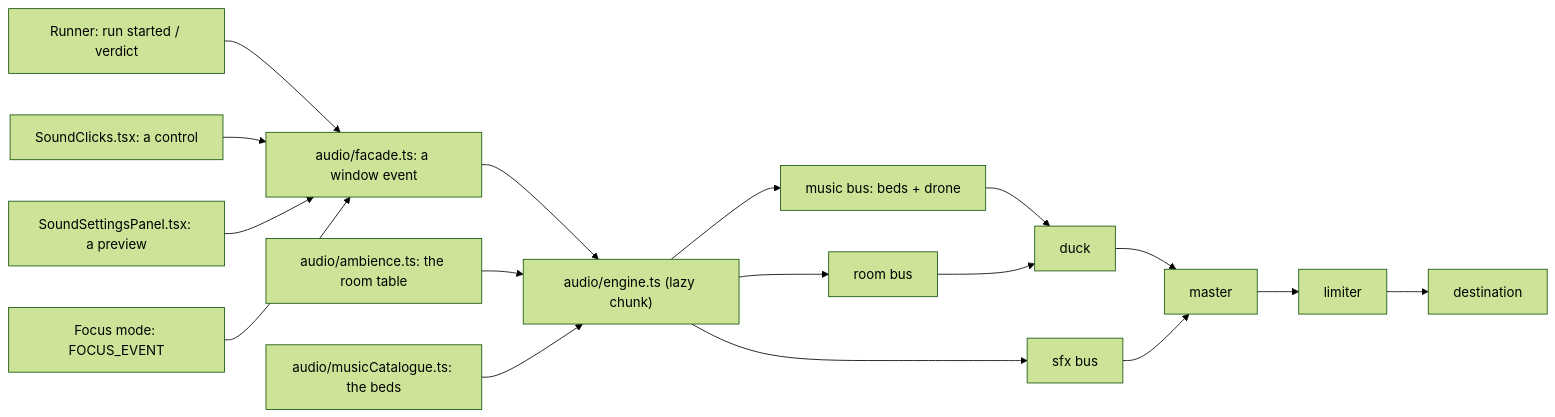
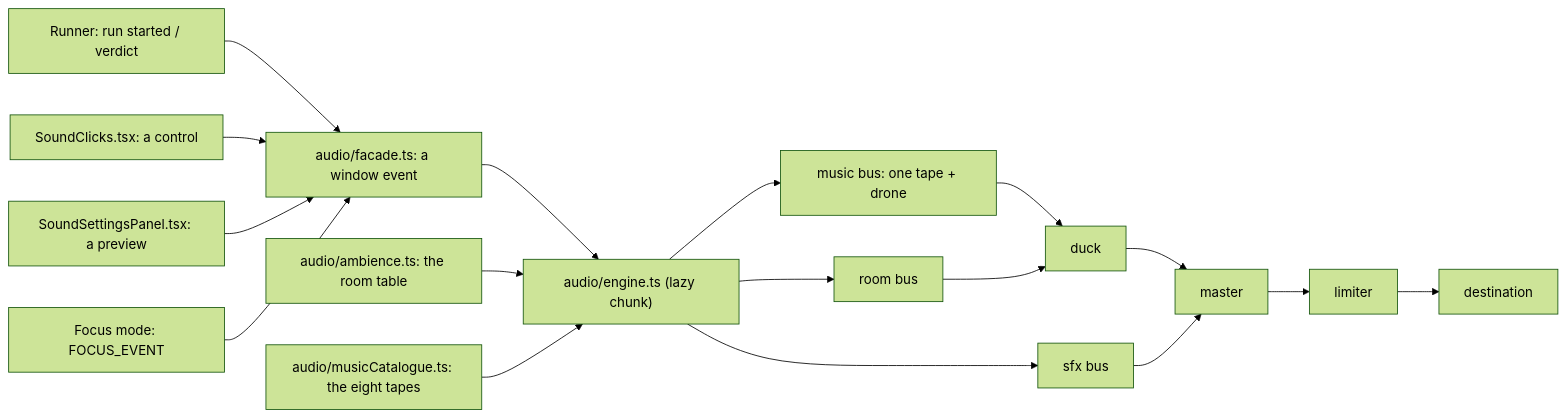
The diagram in docs/AUDIO.md (TLE47/Mechatronics-Roadmap), drawn with Mermaid (forest theme) before and after one commit. The commit also changed other lines of this file and 25 other files, not shown here.

First line of the commit message:
Give the music a library: eight tapes, six categories

````diff
--- a/docs/AUDIO.md
+++ b/docs/AUDIO.md
@@ -26,19 +27,19 @@
 ```mermaid
 flowchart LR
     R["Runner: run started / verdict"] --> B["audio/facade.ts: a window event"]
     C["SoundClicks.tsx: a control"] --> B
     P["SoundSettingsPanel.tsx: a preview"] --> B
     F["Focus mode: FOCUS_EVENT"] --> B
     B --> E["audio/engine.ts (lazy chunk)"]
     A2["audio/ambience.ts: the room table"] --> E
-    M2["audio/musicCatalogue.ts: the beds"] --> E
-    E --> M["music bus: beds + drone"]
+    M2["audio/musicCatalogue.ts: the eight tapes"] --> E
+    E --> M["music bus: one tape + drone"]
     E --> S["sfx bus"]
     E --> RM["room bus"]
     M --> D["duck"]
     RM --> D
     D --> MA["master"]
     S --> MA
     MA --> L["limiter"]
     L --> O["destination"]
 ```
````
